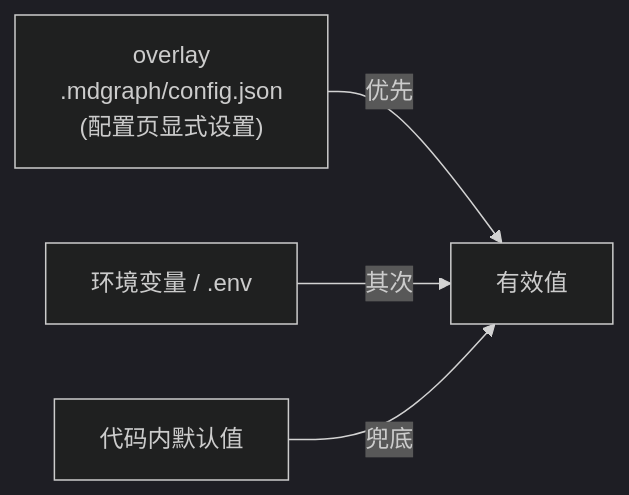
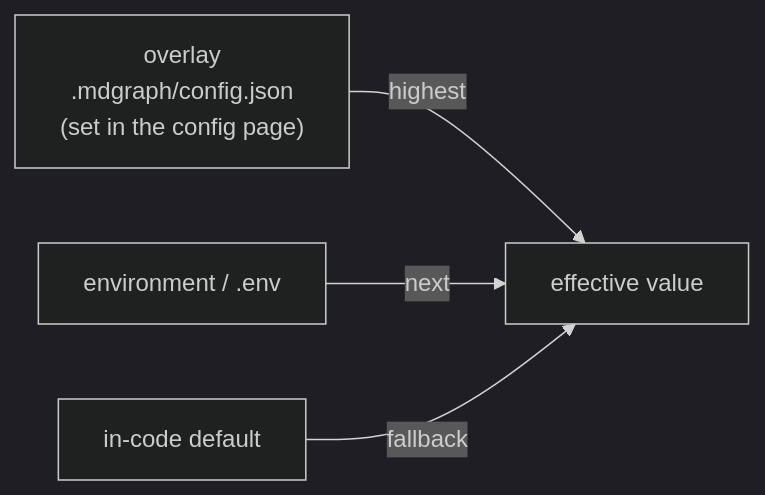
One commit to Jouryjc/markdown-graph changed the sixth of 6 diagrams in README.md. Above: the diagram before and after it, drawn with Mermaid (dark theme). The commit also changed other lines of this file and 2 other files, not shown here.

````diff
--- a/README.md
+++ b/README.md
@@ -337,6 +384,6 @@
 ```mermaid
 flowchart LR
-    OV["overlay<br/>.mdgraph/config.json<br/>(配置页显式设置)"] -->|优先| EFF["有效值"]
-    ENV["环境变量 / .env"] -->|其次| EFF
-    DEF["代码内默认值"] -->|兜底| EFF
+    OV["overlay<br/>.mdgraph/config.json<br/>(set in the config page)"] -->|highest| EFF["effective value"]
+    ENV["environment / .env"] -->|next| EFF
+    DEF["in-code default"] -->|fallback| EFF
 ```
````
